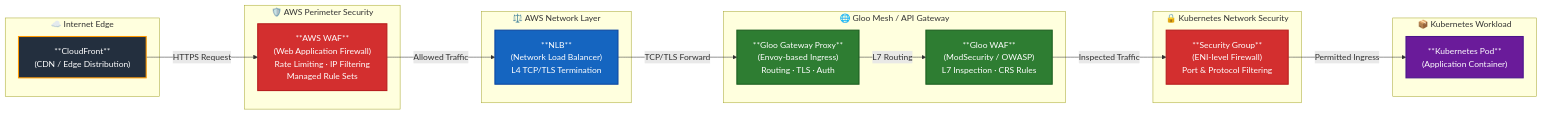
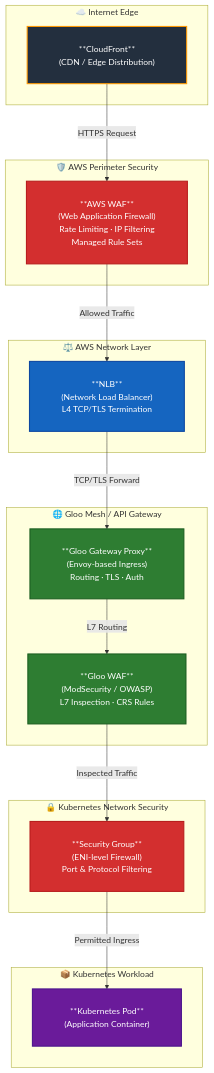
One commit to skylukas1/Diagrams changed the diagram in network_diagram.md. Above: the diagram before and after it, drawn with Mermaid.

Commit message:
Update network diagram to top-down layout with larger spacing

````diff
--- a/network_diagram.md
+++ b/network_diagram.md
@@ -2,47 +2,55 @@
 ```mermaid
-graph LR
+---
+config:
+  theme: default
+  flowchart:
+    nodeSpacing: 60
+    rankSpacing: 80
+    padding: 30
+---
+graph TD
     subgraph Internet["☁️ Internet Edge"]
         CF["**CloudFront**\n(CDN / Edge Distribution)"]
     end
 
     subgraph AWSEdge["🛡️ AWS Perimeter Security"]
         WAF["**AWS WAF**\n(Web Application Firewall)\nRate Limiting · IP Filtering\nManaged Rule Sets"]
     end
 
     subgraph AWSNetwork["⚖️ AWS Network Layer"]
         NLB["**NLB**\n(Network Load Balancer)\nL4 TCP/TLS Termination"]
     end
 
     subgraph GlooLayer["🌐 Gloo Mesh / API Gateway"]
         GProxy["**Gloo Gateway Proxy**\n(Envoy-based Ingress)\nRouting · TLS · Auth"]
         GWAF["**Gloo WAF**\n(ModSecurity / OWASP)\nL7 Inspection · CRS Rules"]
     end
 
     subgraph K8sSecurity["🔒 Kubernetes Network Security"]
         SG["**Security Group**\n(ENI-level Firewall)\nPort & Protocol Filtering"]
     end
 
     subgraph K8sWorkload["📦 Kubernetes Workload"]
         POD["**Kubernetes Pod**\n(Application Container)"]
     end
 
     CF -->|"HTTPS Request"| WAF
     WAF -->|"Allowed Traffic"| NLB
     NLB -->|"TCP/TLS Forward"| GProxy
     GProxy -->|"L7 Routing"| GWAF
     GWAF -->|"Inspected Traffic"| SG
     SG -->|"Permitted Ingress"| POD
 
     classDef internet fill:#232f3e,stroke:#ff9900,color:#fff,stroke-width:2px
     classDef security fill:#d32f2f,stroke:#b71c1c,color:#fff,stroke-width:2px
     classDef network fill:#1565c0,stroke:#0d47a1,color:#fff,stroke-width:2px
     classDef gateway fill:#2e7d32,stroke:#1b5e20,color:#fff,stroke-width:2px
     classDef k8s fill:#6a1b9a,stroke:#4a148c,color:#fff,stroke-width:2px
 
     class CF internet
     class WAF security
     class NLB network
     class GProxy,GWAF gateway
     class SG security
     class POD k8s
 ```
````
